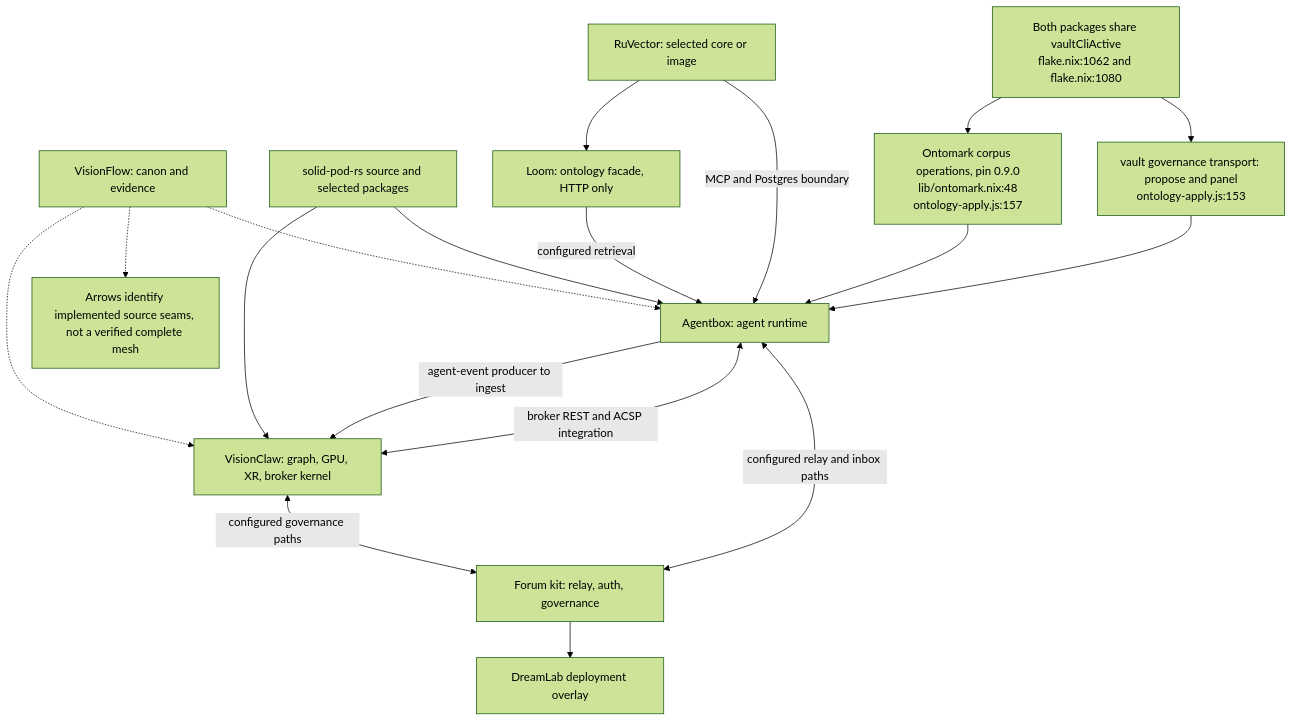
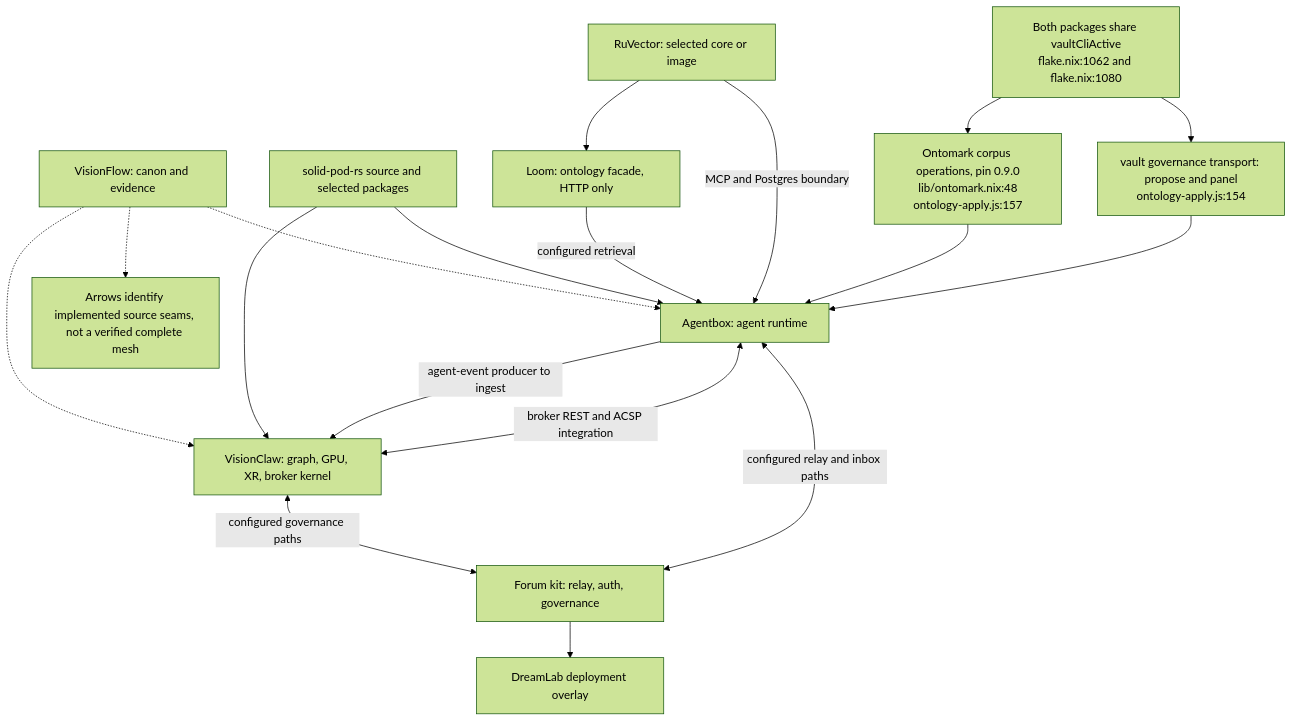
Before and after one commit to DreamLab-AI/VisionFlow: the first of 7 diagrams in docs/diagrams/visionflow/08-compatibility-and-dependency-direction.md, drawn with Mermaid (forest theme). The commit also changed other lines of this file and 2 other files, not shown here.

Commit message:
diagrams(visionflow): fix skeptic findings on VF-04, VF-06, VF-08
- VF-04 ledger drift prose named agentbox pin 720e0d89; the topic's
  agentbox stamp is 59b1aca1 (claim re-checked there).
- VF-08.x VAULT node and prose: VAULT_ONLY_VERBS is at
  ontology-apply.js:154, binFor at :157-158 (59b1aca); :153 is the comment.
- VF-06 SYMBOL node: symbolCheck is defined at diagram-index-gen.cjs:669
  at 3ae784e, not :663.

````diff
--- a/docs/diagrams/visionflow/08-compatibility-and-dependency-direction.md
+++ b/docs/diagrams/visionflow/08-compatibility-and-dependency-direction.md
@@ -42,21 +42,21 @@
 ```mermaid
 flowchart TB
     VF["VisionFlow: canon and evidence"] -.-> VC["VisionClaw: graph, GPU, XR, broker kernel"]
     VF -.-> AB["Agentbox: agent runtime"]
     SPR["solid-pod-rs source and selected packages"] --> VC
     SPR --> AB
     NRF["Forum kit: relay, auth, governance"] --> DLW["DreamLab deployment overlay"]
     AB -->|agent-event producer to ingest| VC
     AB <-->|broker REST and ACSP integration| VC
     VC <-->|configured governance paths| NRF
     AB <-->|configured relay and inbox paths| NRF
     LOOM["Loom: ontology facade, HTTP only"] -->|configured retrieval| AB
     RV["RuVector: selected core or image"] --> LOOM
     RV -->|MCP and Postgres boundary| AB
     CLI["Ontomark corpus operations, pin 0.9.0<br/>lib/ontomark.nix:48<br/>ontology-apply.js:157"] --> AB
-    VAULT["vault governance transport: propose and panel<br/>ontology-apply.js:153"] --> AB
+    VAULT["vault governance transport: propose and panel<br/>ontology-apply.js:154"] --> AB
     GATE["Both packages share vaultCliActive<br/>flake.nix:1062 and flake.nix:1080"] --> CLI
     GATE --> VAULT
     SCOPE["Arrows identify implemented source seams, not a verified complete mesh"]
     VF -.-> SCOPE
 ```
````
